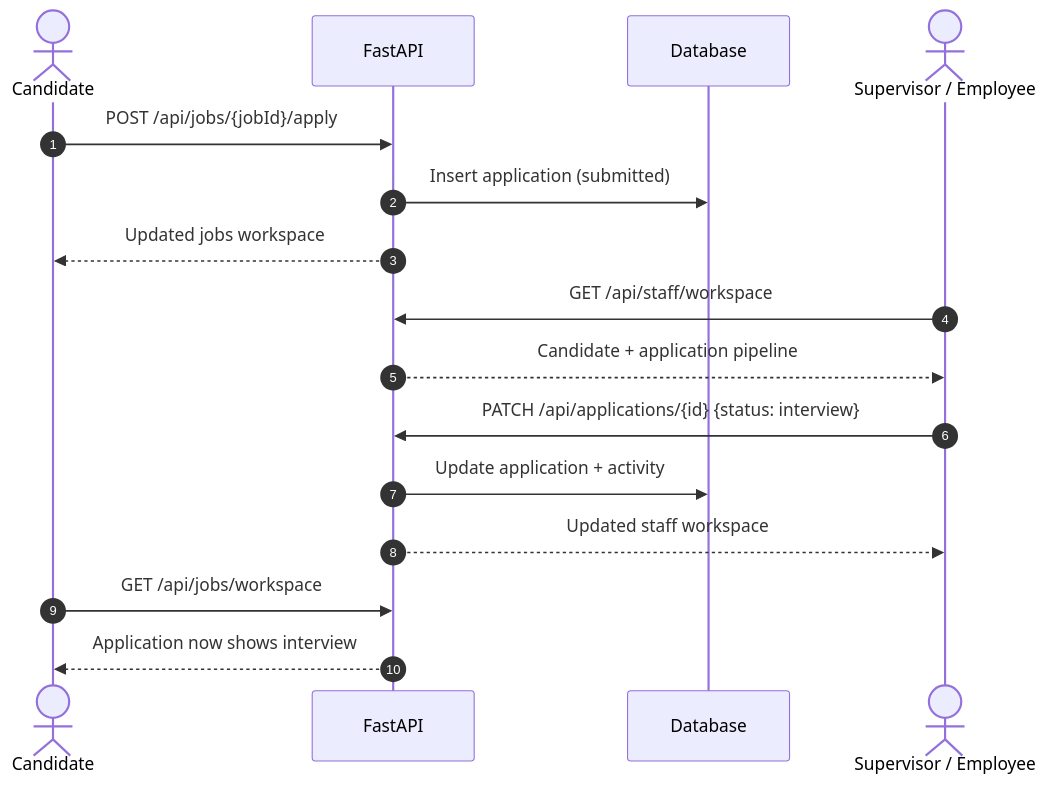
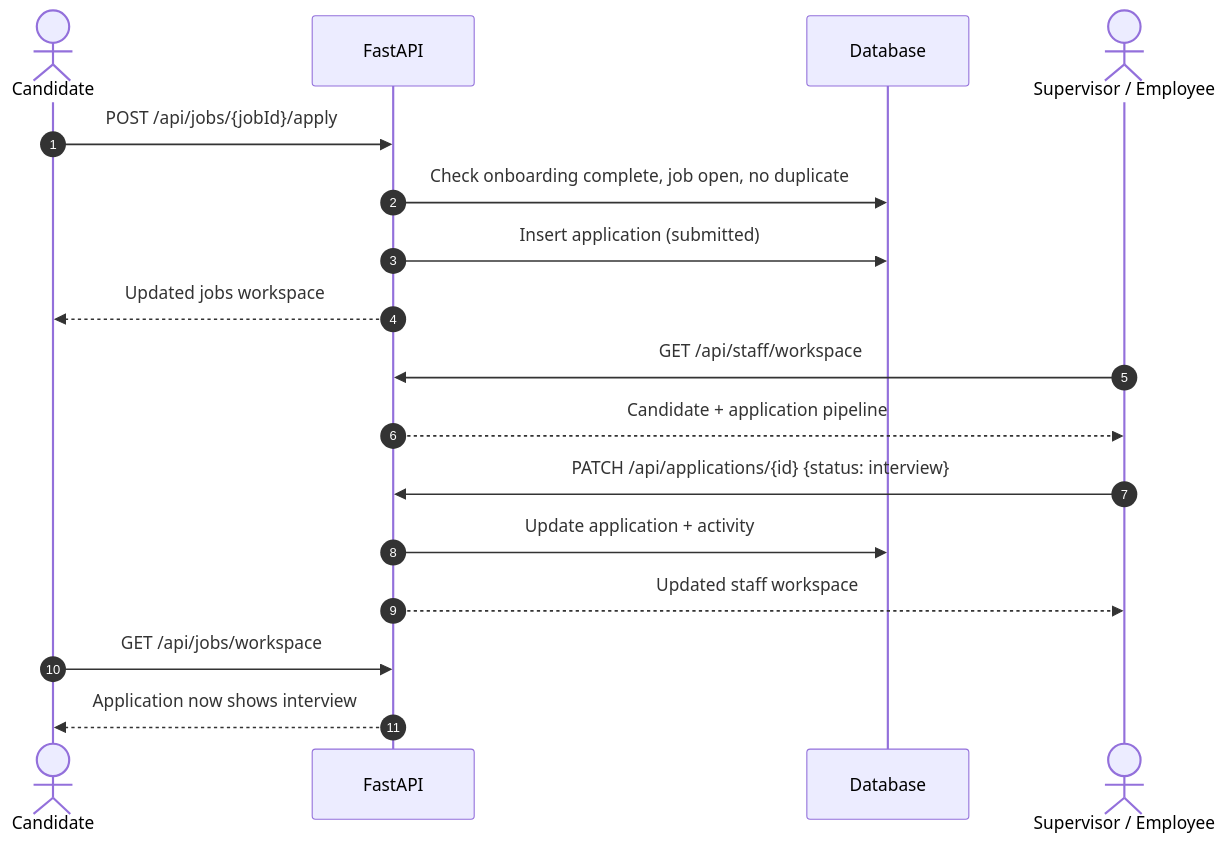
Before and after one commit to Codewith-ARK/job-finder-backend: the sixth of 9 diagrams in docs/FLOWS.md, drawn with Mermaid. The commit also changed 38 other files, not shown here.

````diff
--- a/docs/FLOWS.md
+++ b/docs/FLOWS.md
@@ -115,22 +115,23 @@
 ```mermaid
 sequenceDiagram
   autonumber
   actor C as Candidate
   participant API as FastAPI
   participant DB as Database
   actor S as Supervisor / Employee
 
   C->>API: POST /api/jobs/{jobId}/apply
+  API->>DB: Check onboarding complete, job open, no duplicate
   API->>DB: Insert application (submitted)
   API-->>C: Updated jobs workspace
 
   S->>API: GET /api/staff/workspace
   API-->>S: Candidate + application pipeline
 
   S->>API: PATCH /api/applications/{id} {status: interview}
   API->>DB: Update application + activity
   API-->>S: Updated staff workspace
 
   C->>API: GET /api/jobs/workspace
   API-->>C: Application now shows interview
 ```
````
